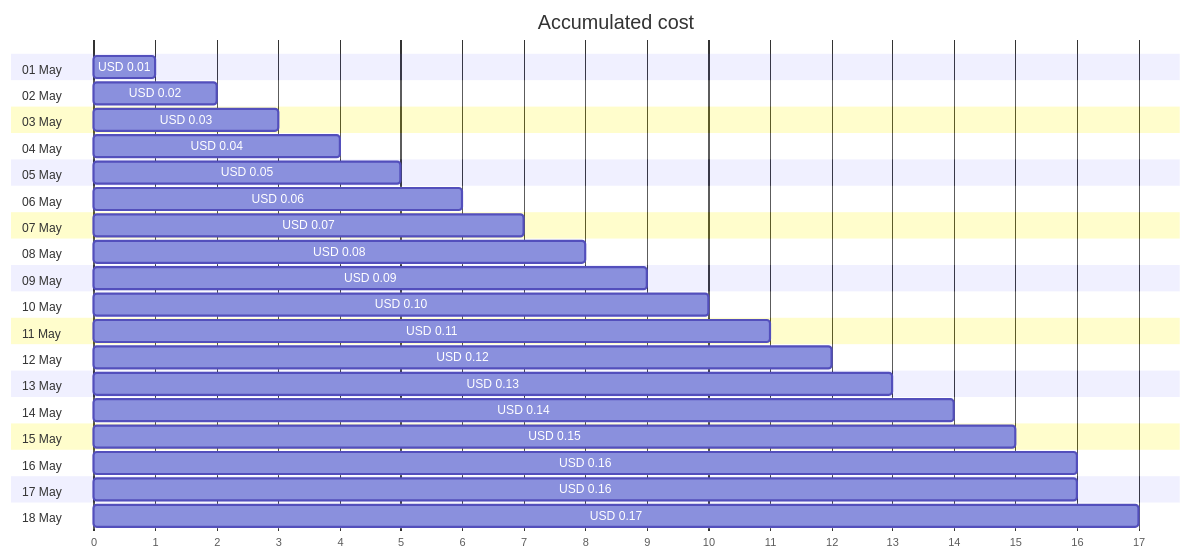
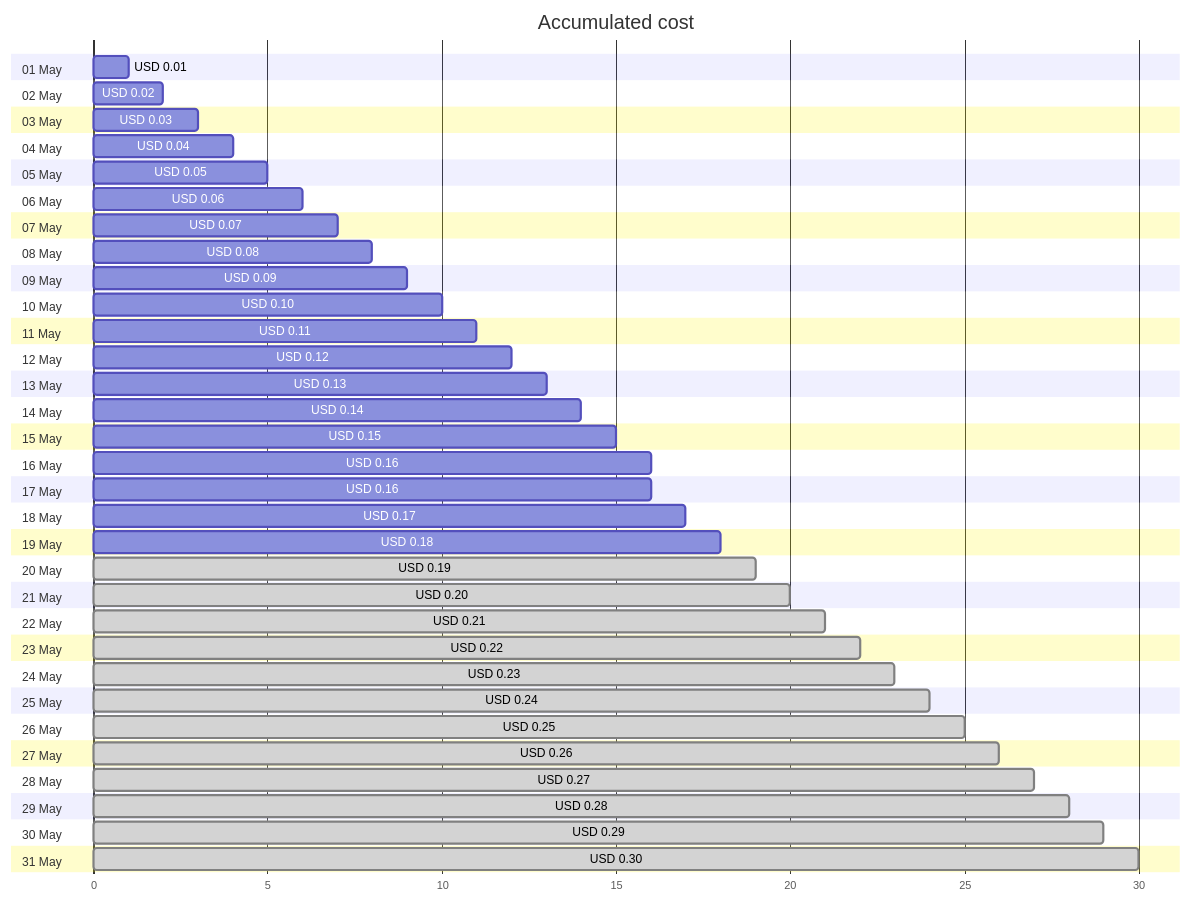
Before and after one commit to jpfulton/azure-personal-reports: the first of 4 diagrams in cost-reports/cloud-shell-storage-eastus/README.md, drawn with Mermaid. The commit also changed other lines of this file and 1 other file, not shown here.

Commit message:
Generated reports [skip ci]

````diff
--- a/cost-reports/cloud-shell-storage-eastus/README.md
+++ b/cost-reports/cloud-shell-storage-eastus/README.md
@@ -20,42 +20,68 @@
 ```mermaid
 gantt
    title Accumulated cost
    dateFormat  X
    axisFormat %s
    section 01 May
    USD 0.01 :0, 1
    section 02 May
    USD 0.02 :0, 2
    section 03 May
    USD 0.03 :0, 3
    section 04 May
    USD 0.04 :0, 4
    section 05 May
    USD 0.05 :0, 5
    section 06 May
    USD 0.06 :0, 6
    section 07 May
    USD 0.07 :0, 7
    section 08 May
    USD 0.08 :0, 8
    section 09 May
    USD 0.09 :0, 9
    section 10 May
    USD 0.10 :0, 10
    section 11 May
    USD 0.11 :0, 11
    section 12 May
    USD 0.12 :0, 12
    section 13 May
    USD 0.13 :0, 13
    section 14 May
    USD 0.14 :0, 14
    section 15 May
    USD 0.15 :0, 15
    section 16 May
    USD 0.16 :0, 16
    section 17 May
    USD 0.16 :0, 16
    section 18 May
    USD 0.17 :0, 17
+   section 19 May
+   USD 0.18 :0, 18
+   section 20 May
+   USD 0.19 : done, 0, 19
+   section 21 May
+   USD 0.20 : done, 0, 20
+   section 22 May
+   USD 0.21 : done, 0, 21
+   section 23 May
+   USD 0.22 : done, 0, 22
+   section 24 May
+   USD 0.23 : done, 0, 23
+   section 25 May
+   USD 0.24 : done, 0, 24
+   section 26 May
+   USD 0.25 : done, 0, 25
+   section 27 May
+   USD 0.26 : done, 0, 26
+   section 28 May
+   USD 0.27 : done, 0, 27
+   section 29 May
+   USD 0.28 : done, 0, 28
+   section 30 May
+   USD 0.29 : done, 0, 29
+   section 31 May
+   USD 0.30 : done, 0, 30
 ```
````
